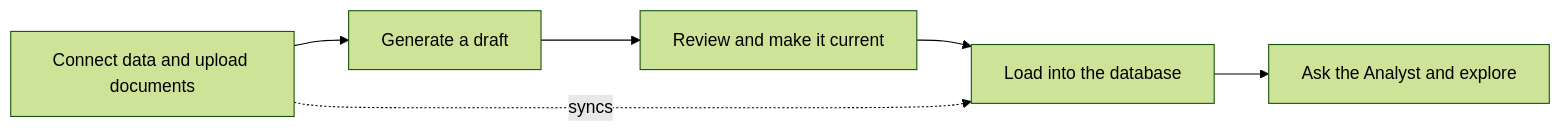
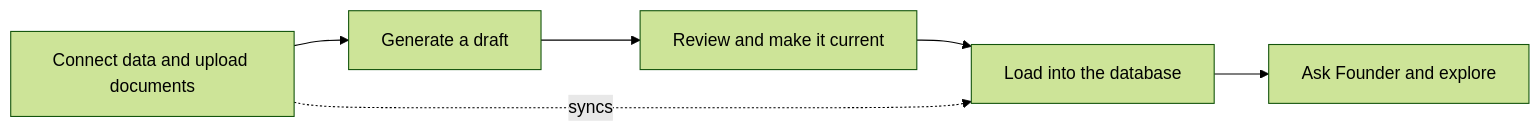
One commit to HelixDB/helix-db changed the diagram in docs/foundry/start-here/introduction.mdx. Above: the diagram before and after it, drawn with Mermaid (forest theme). The commit also changed other lines of this file and 24 other files, not shown here.

````diff
--- a/docs/foundry/start-here/introduction.mdx
+++ b/docs/foundry/start-here/introduction.mdx
@@ -43,8 +46,8 @@
 ```mermaid
 flowchart LR
   A[Connect data and upload documents] --> B[Generate a draft]
   B --> C[Review and make it current]
   C --> D[Load into the database]
-  D --> E[Ask the Analyst and explore]
+  D --> E[Ask Founder and explore]
   A -. syncs .-> D
 ```
````
